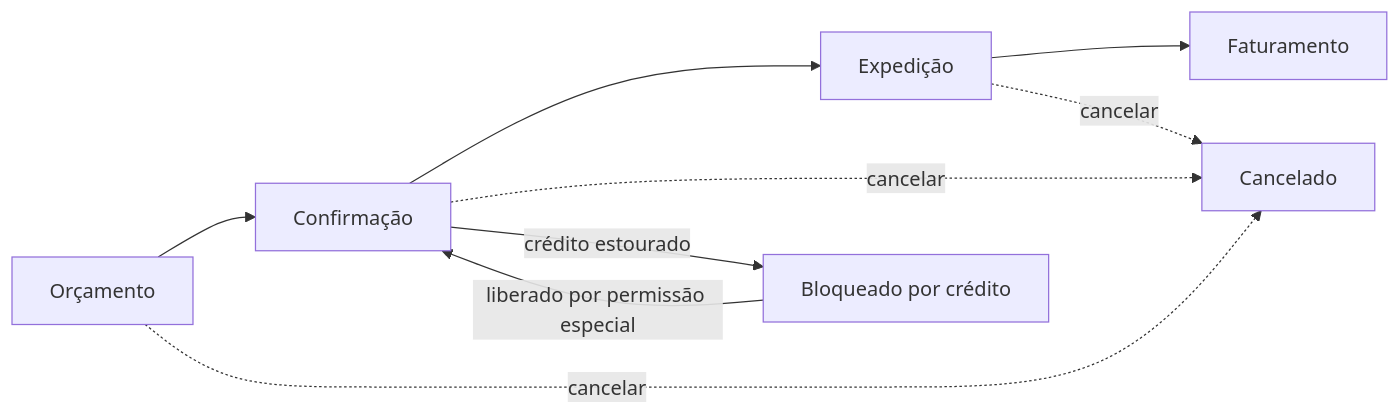
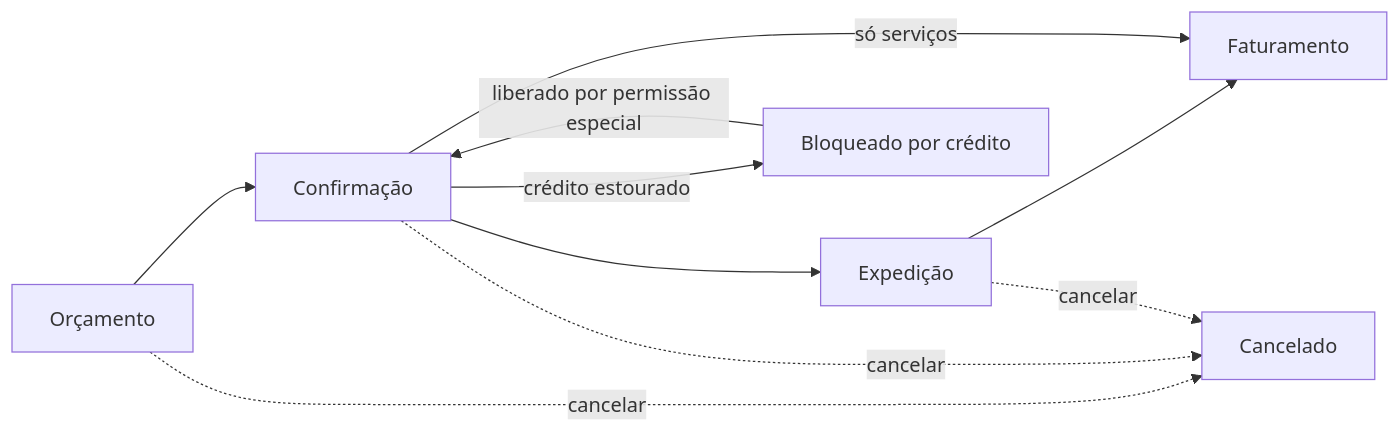
One commit to looperperp-main/lerp-system changed the diagram in spec/o2c-vendas-funcional.md. Above: the diagram before and after it, drawn with Mermaid. The commit also changed other lines of this file and 201 other files, not shown here.

````diff
--- a/spec/o2c-vendas-funcional.md
+++ b/spec/o2c-vendas-funcional.md
@@ -15,11 +15,12 @@
 ```mermaid
 flowchart LR
     A[Orçamento] --> B[Confirmação]
     B --> C[Expedição]
     C --> D[Faturamento]
+    B -- só serviços --> D
     A -.cancelar.-> X[Cancelado]
     B -.cancelar.-> X
     C -.cancelar.-> X
     B -- crédito estourado --> B2[Bloqueado por crédito]
     B2 -- liberado por permissão especial --> B
 ```
````
